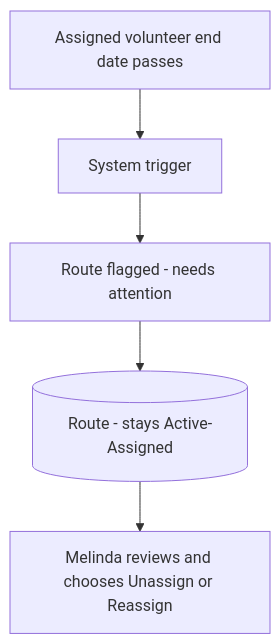
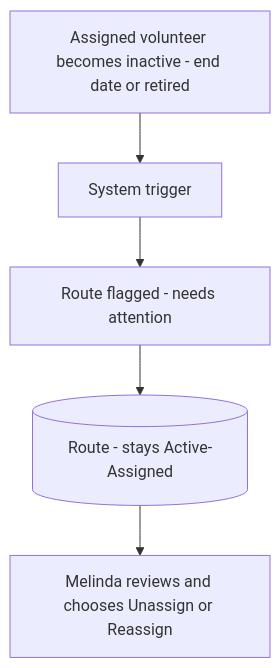
One commit to uwblueprint/beach-metro changed the seventh of 10 diagrams in docs/route_management_flow_v2.md. Above: the diagram before and after it, drawn with Mermaid. The commit also changed other lines of this file, not shown here.

````diff
--- a/docs/route_management_flow_v2.md
+++ b/docs/route_management_flow_v2.md
@@ -221,7 +221,7 @@
 ```mermaid
 flowchart TD
-    Trigger[Assigned volunteer end date passes] --> System[System trigger]
+    Trigger[Assigned volunteer becomes inactive - end date or retired] --> System[System trigger]
     System --> Flag[Route flagged - needs attention]
     Flag --> Stays[(Route - stays Active-Assigned)]
     Stays --> Decide[Melinda reviews and chooses Unassign or Reassign]
 ```
````
